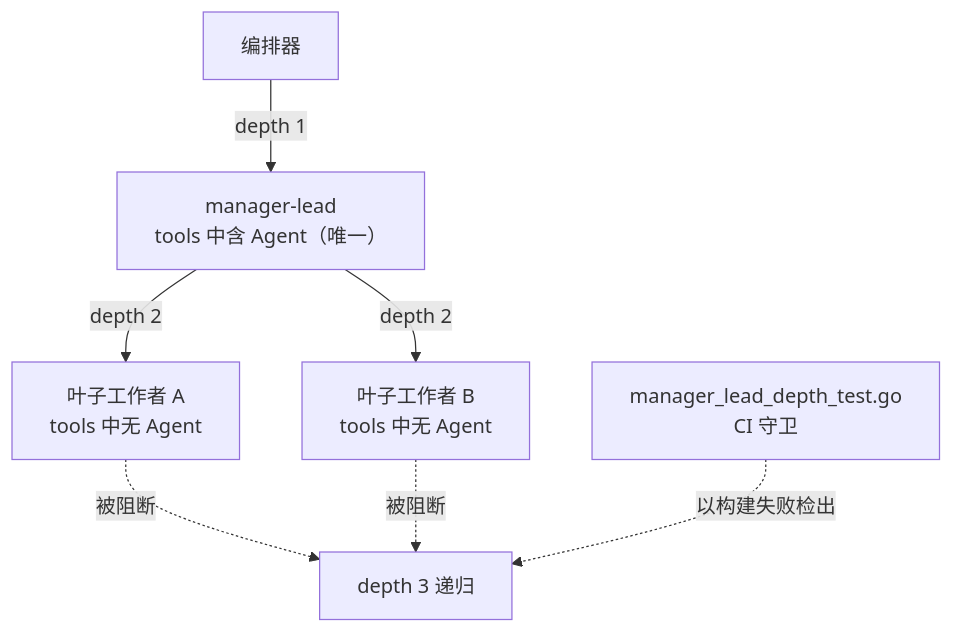
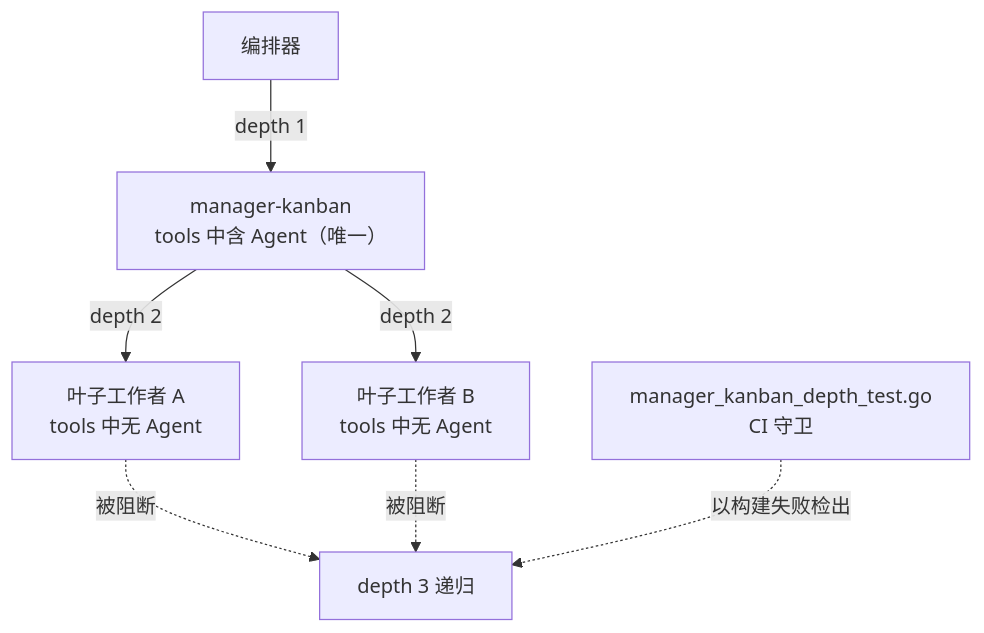
Before and after one commit to modu-ai/moai-adk: the third of 5 diagrams in docs-site/content/zh/advanced/agent-guide.md, drawn with Mermaid. The commit also changed other lines of this file and 69 other files, not shown here.

First line of the commit message:
feat(kanban): rename manager-lead to manager-kanban + add /moai todo backlog and dispatch protocol

````diff
--- a/docs-site/content/zh/advanced/agent-guide.md
+++ b/docs-site/content/zh/advanced/agent-guide.md
@@ -165,9 +165,9 @@
 ```mermaid
 flowchart TD
-    ORCH["编排器"] -->|"depth 1"| LEAD["manager-lead<br>tools 中含 Agent（唯一）"]
+    ORCH["编排器"] -->|"depth 1"| LEAD["manager-kanban<br>tools 中含 Agent（唯一）"]
     LEAD -->|"depth 2"| W1["叶子工作者 A<br>tools 中无 Agent"]
     LEAD -->|"depth 2"| W2["叶子工作者 B<br>tools 中无 Agent"]
     W1 -.->|"被阻断"| X["depth 3 递归"]
     W2 -.->|"被阻断"| X
-    GUARD["manager_lead_depth_test.go<br>CI 守卫"] -.->|"以构建失败检出"| X
+    GUARD["manager_kanban_depth_test.go<br>CI 守卫"] -.->|"以构建失败检出"| X
 ```
````
